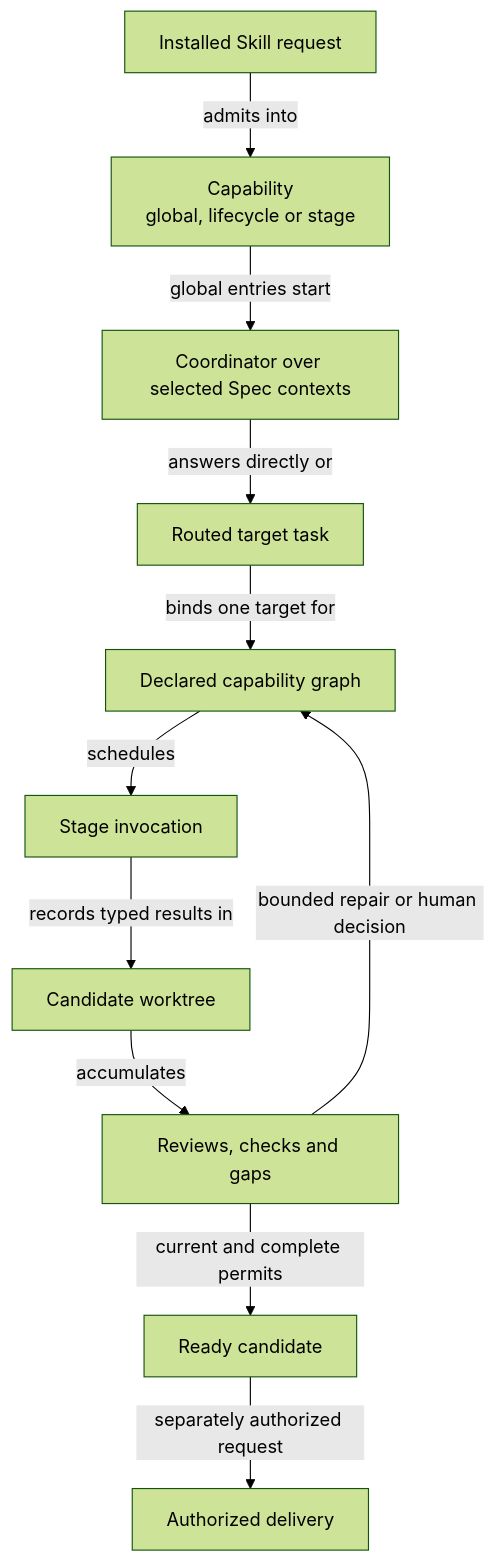
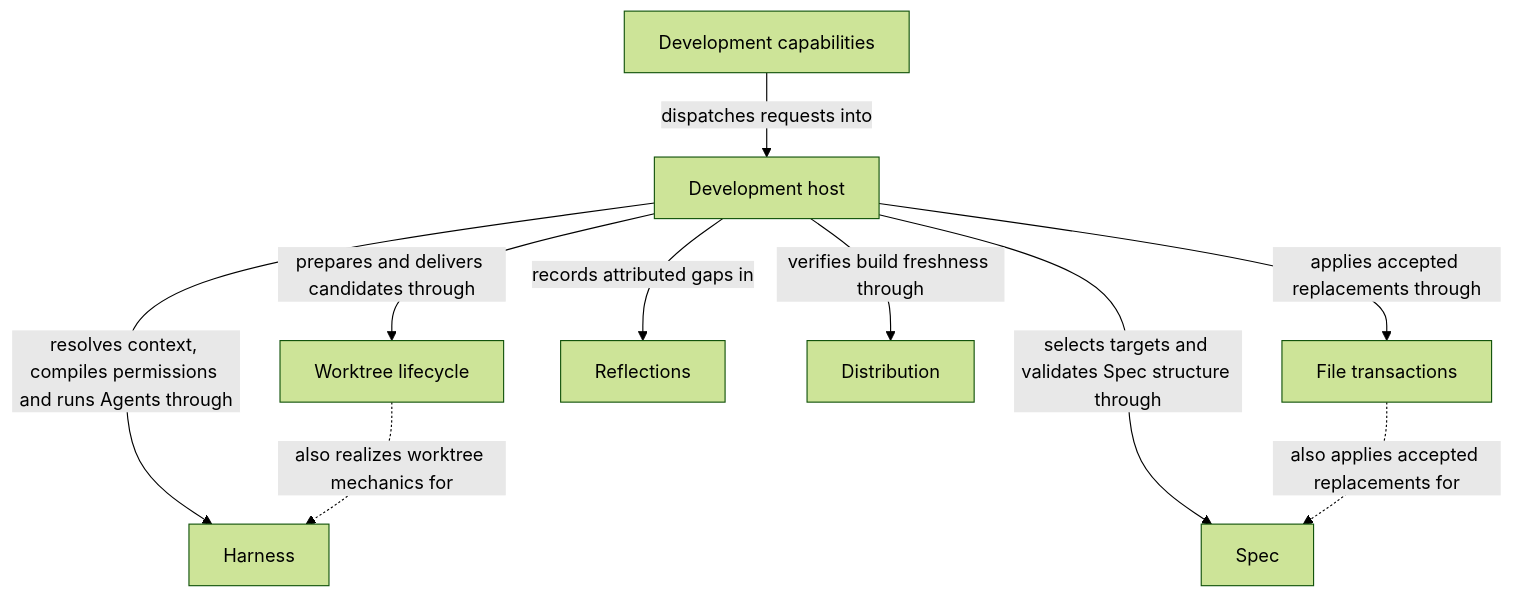
The diagram in specs/modules/concorde/development/module.md (FTOD/concorde), drawn with Mermaid (forest theme) before and after one commit. The commit also changed other lines of this file and 166 other files, not shown here.

First line of the commit message:
refactor(protocol)!: adopt Spec Protocol 3.0 with four-part Module Specs

````diff
--- a/specs/modules/concorde/development/module.md
+++ b/specs/modules/concorde/development/module.md
@@ -25,25 +342,22 @@
 ```mermaid
 flowchart TB
     accTitle: Development entities and relationships
-    accDescr: An installed Skill admits a versioned request into one capability. A global capability starts the coordinator over explicitly selected complete Module Spec contexts to answer, route or design topology; a routed mutation binds one target and runs its declared graph of stages. The graph retains typed results and attributed feedback in a candidate worktree, whose evidence gates readiness. Delivery is a separately authorized capability over a ready candidate.
-    skill["Installed Skill request"]
-    capability["Capability<br/>global, lifecycle or stage"]
-    coordinator["Coordinator over selected Spec contexts"]
-    route["Routed target task"]
-    capabilityGraph["Declared capability graph"]
-    stage["Stage invocation"]
-    candidate["Candidate worktree"]
-    evidence["Reviews, checks and gaps"]
-    ready["Ready candidate"]
-    delivery["Authorized delivery"]
-    skill -->|admits into| capability
-    capability -->|global entries start| coordinator
-    coordinator -->|answers directly or| route
-    route -->|binds one target for| capabilityGraph
-    capabilityGraph -->|schedules| stage
-    stage -->|records typed results in| candidate
-    candidate -->|accumulates| evidence
-    evidence -->|current and complete permits| ready
-    ready -->|separately authorized request| delivery
-    evidence -->|bounded repair or human decision| capabilityGraph
+    accDescr: Development capabilities dispatches every Skill request into the Development host. The host reaches its four used Modules directly: Harness for context, permissions and Agent execution; Spec for target selection and structural validation; Reflections for attributed gap history; Distribution for build freshness and projections. The host also prepares candidates through Worktree lifecycle and applies accepted replacements through File transactions, both of which also realize shared mechanics for other Modules.
+    developmentCapabilities["Development capabilities"]
+    developmentHost["Development host"]
+    worktreeLifecycle["Worktree lifecycle"]
+    fileTransactions["File transactions"]
+    harness["Harness"]
+    spec["Spec"]
+    reflections["Reflections"]
+    distribution["Distribution"]
+    developmentCapabilities -->|dispatches requests into| developmentHost
+    developmentHost -->|prepares and delivers candidates through| worktreeLifecycle
+    developmentHost -->|applies accepted replacements through| fileTransactions
+    developmentHost -->|resolves context, compiles permissions and runs Agents through| harness
+    developmentHost -->|selects targets and validates Spec structure through| spec
+    developmentHost -->|records attributed gaps in| reflections
+    developmentHost -->|verifies build freshness through| distribution
+    worktreeLifecycle -.->|also realizes worktree mechanics for| harness
+    fileTransactions -.->|also applies accepted replacements for| spec
 ```
````
